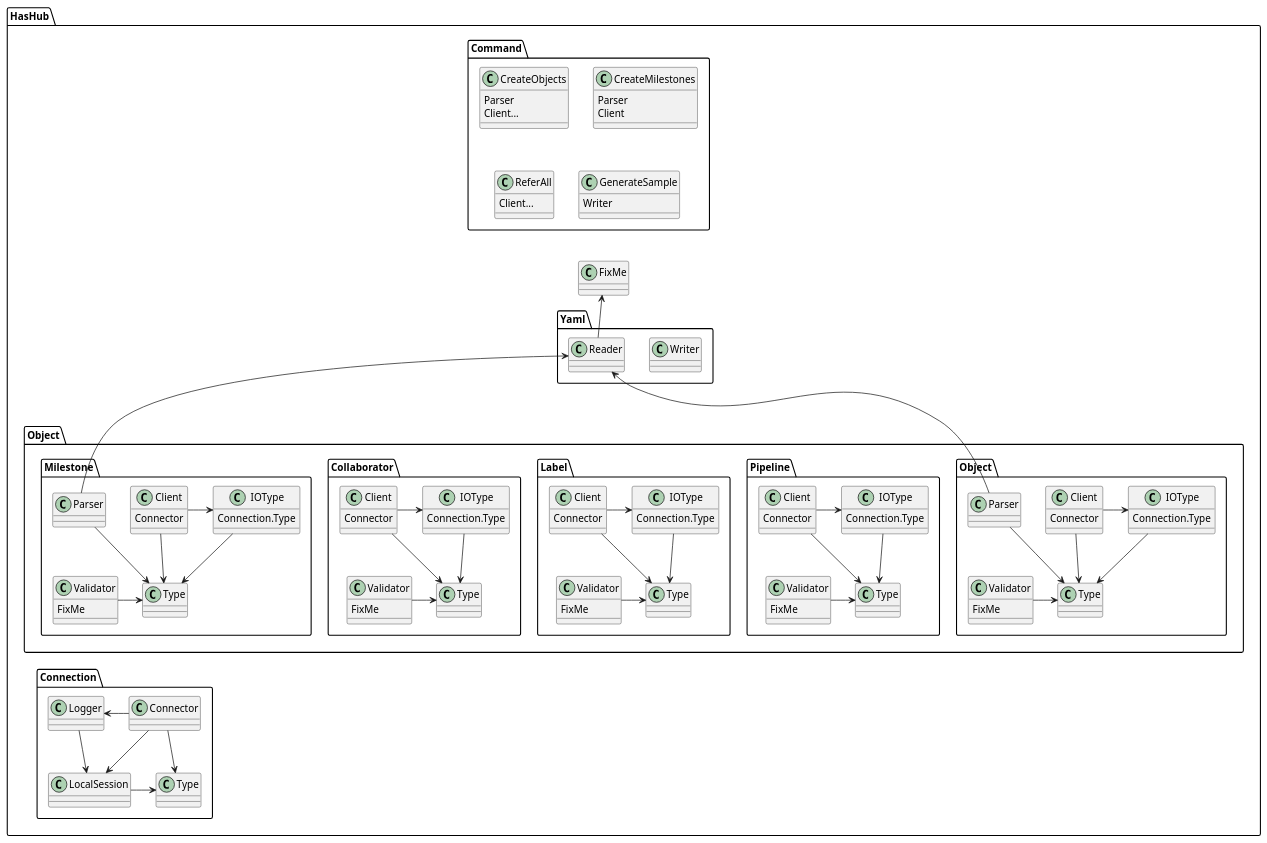
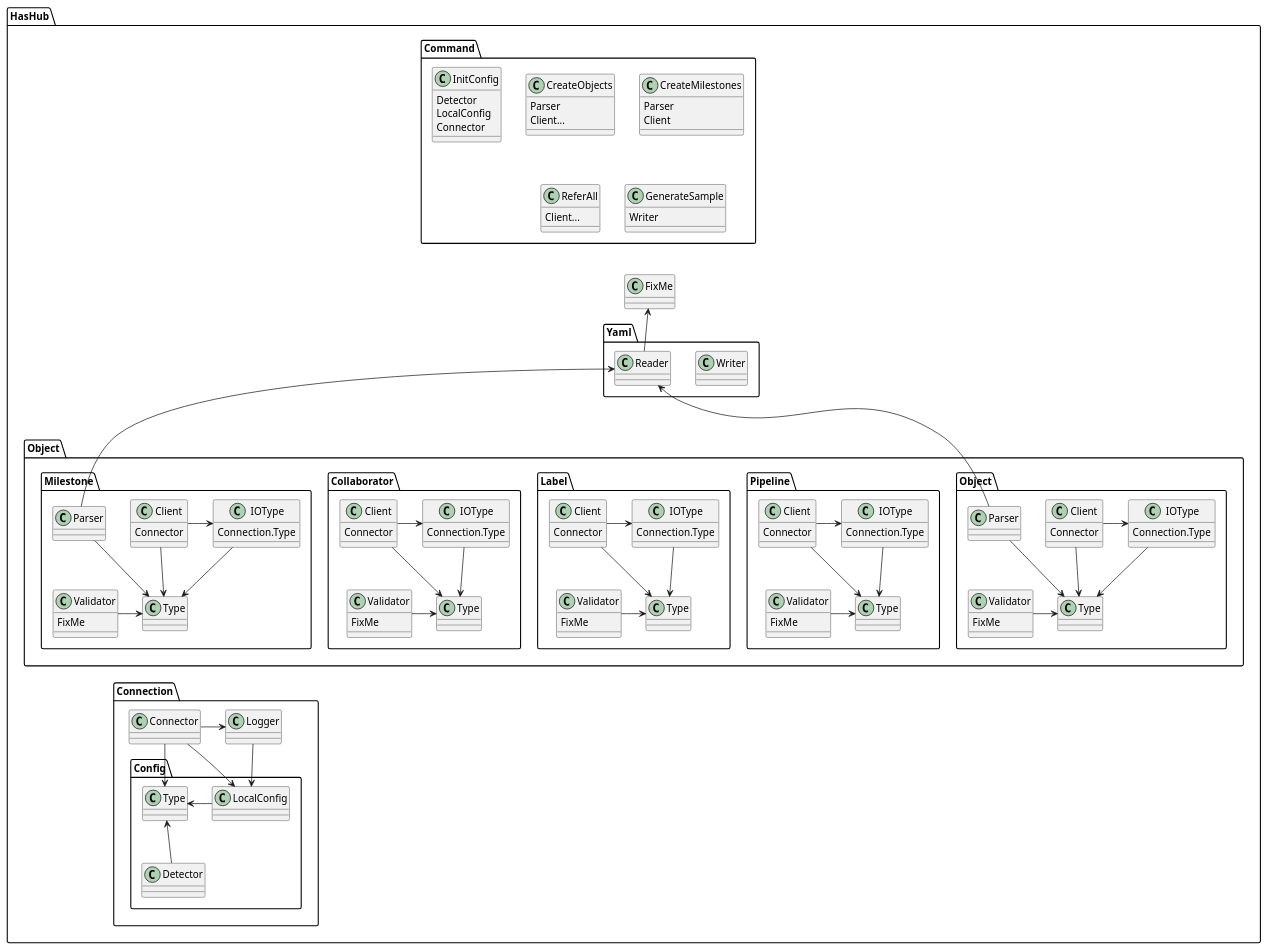
Before and after one commit to suzuki-hoge/has-hub: the diagram in doc/system/module.puml, drawn with PlantUML. The commit also changed 25 other files, not shown here.

```diff
--- a/doc/system/module.puml
+++ b/doc/system/module.puml
@@ -1,138 +1,147 @@
 @startuml
 
 namespace HasHub {
   namespace Command {
+    class InitConfig {
+      Detector
+      LocalConfig
+      Connector
+    }
     class CreateObjects {
       Parser
       Client...
     }
     class CreateMilestones {
       Parser
       Client
     }
     class ReferAll {
       Client...
     }
     class GenerateSample {
       Writer
     }
     CreateObjects -[hidden]r-> CreateMilestones
     ReferAll -[hidden]r-> GenerateSample
     CreateObjects -[hidden]d-> ReferAll
   }
   namespace Object {
     namespace Object {
       class Validator {
         FixMe
       }
       class Client {
         Connector
       }
       class IOType {
         Connection.Type
       }
       class Type
       class Parser
       Validator -r-> Type
       Client -r-> IOType
       Client --> Type
       IOType --> Type
       Parser -d-> Type
     }
     namespace Pipeline {
       class Validator {
         FixMe
       }
       class Client {
         Connector
       }
       class IOType {
         Connection.Type
       }
       class Type
       Validator -r-> Type
       Client -r-> IOType
       Client --> Type
       IOType --> Type
     }
     namespace Label {
       class Validator {
         FixMe
       }
       class Client {
         Connector
       }
       class IOType {
         Connection.Type
       }
       class Type
       Validator -r-> Type
       Client -r-> IOType
       Client --> Type
       IOType --> Type
     }
     namespace Collaborator {
       class Validator {
         FixMe
       }
       class Client {
         Connector
       }
       class IOType {
         Connection.Type
       }
       class Type
       Validator -r-> Type
       Client -r-> IOType
       Client --> Type
       IOType --> Type
     }
     namespace Milestone {
       class Validator {
         FixMe
       }
       class Client {
         Connector
       }
       class IOType {
         Connection.Type
       }
       class Type
       class Parser
       Validator -r-> Type
       Client -r-> IOType
       Client --> Type
       IOType --> Type
       Parser -d-> Type
     }
   }
   namespace Connection {
     class Connector
-    class LocalSession
-    class Type
     class Logger
-    Connector --> Type
-    Connector -l-> Logger
-    Logger --> LocalSession
-    Connector --> LocalSession
-    LocalSession -r-> Type
+    namespace Config {
+      class LocalConfig
+      class Detector
+      class Type
+      LocalConfig -l-> Type
+      Detector -u-> Type
+    }
+    HasHub.Connection.Connector -r-> HasHub.Connection.Logger
+    HasHub.Connection.Connector --> HasHub.Connection.Config.Type
+    HasHub.Connection.Connector --> HasHub.Connection.Config.LocalConfig
+    HasHub.Connection.Logger --> HasHub.Connection.Config.LocalConfig
   }
   class FixMe
   namespace Yaml {
     class Reader
     class Writer
   }
 }
 
 HasHub.Command.GenerateSample -[hidden]d-> HasHub.Yaml.Writer
 
 HasHub.Object.Object.Parser -u-> HasHub.Yaml.Reader
 HasHub.Object.Milestone.Parser -u--> HasHub.Yaml.Reader
 
 HasHub.Yaml.Reader -u-> HasHub.FixMe
 
 HasHub.Object.Milestone.Type -[hidden]d-> HasHub.Connection.Connector
 
 HasHub.Command.GenerateSample -[hidden]-> HasHub.FixMe
 
 @enduml
```
